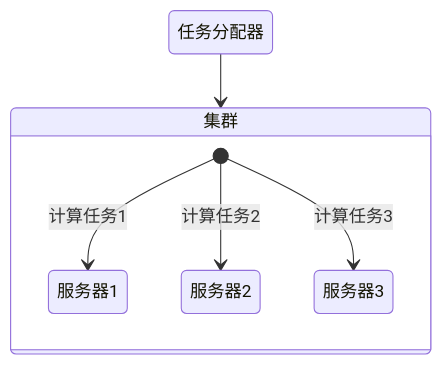
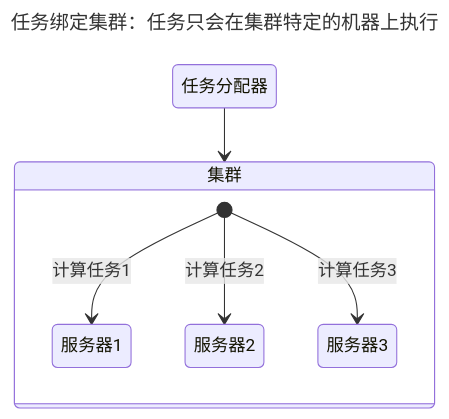
Before and after one commit to 0xcaffebabe/note: the seventh of 8 diagrams in doc/软件工程/架构/系统设计/可用性.md, drawn with Mermaid. The commit also changed other lines of this file and 2 other files, not shown here.

````diff
--- a/doc/软件工程/架构/系统设计/可用性.md
+++ b/doc/软件工程/架构/系统设计/可用性.md
@@ -308,9 +222,12 @@
 ```mermaid
+---
+title: 任务绑定集群：任务只会在集群特定的机器上执行 
+---
 stateDiagram-v2
   任务分配器 --> 集群
   state 集群 {
     [*] --> 服务器1: 计算任务1
     [*] --> 服务器2: 计算任务2
     [*] --> 服务器3: 计算任务3
   }
 ```
````
